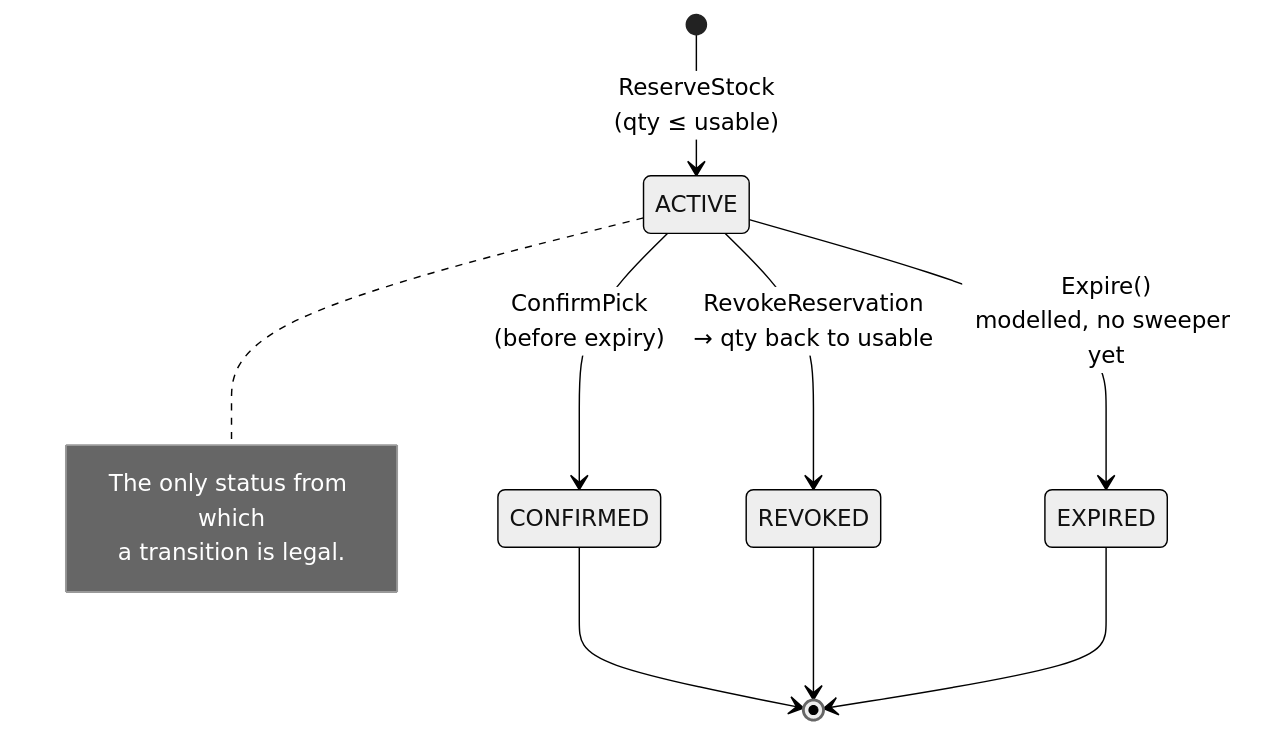
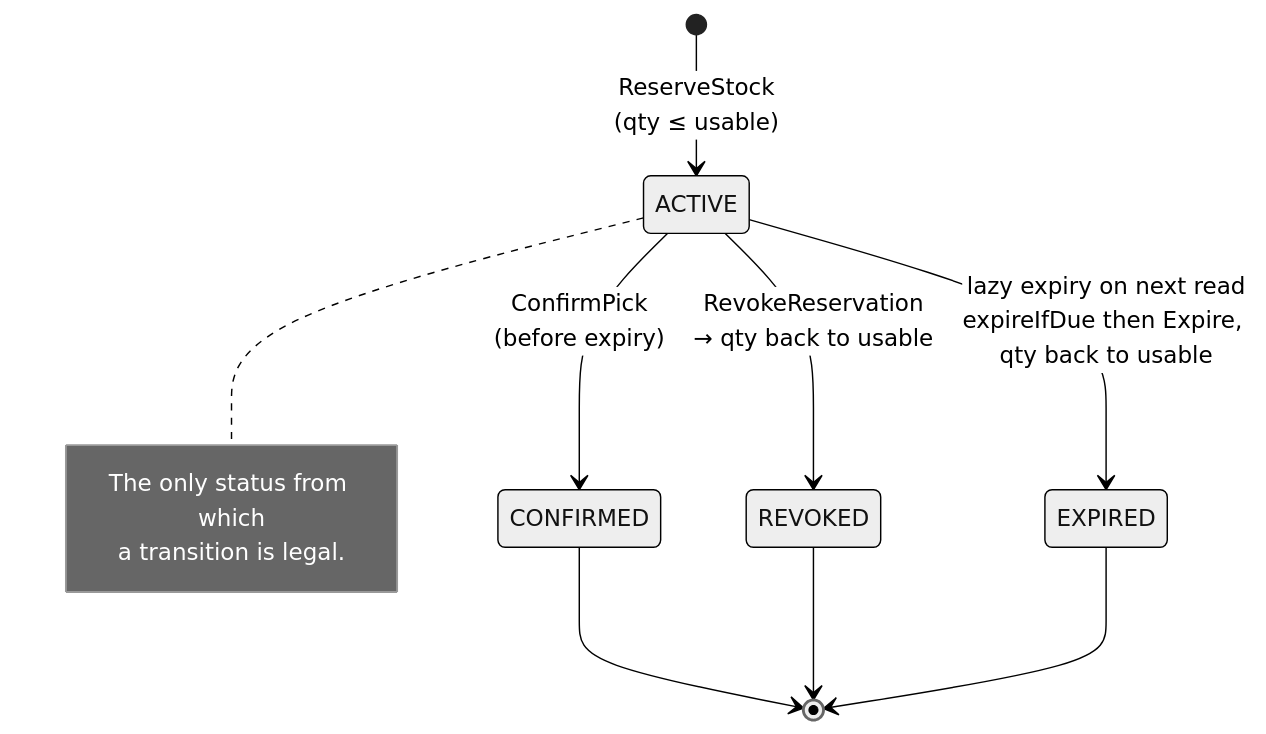
The diagram in docs/docs/business-context/revocable-reservations.md (IQVO/inventory-storage), drawn with Mermaid (neutral theme) before and after one commit. The commit also changed other lines of this file and 28 other files, not shown here.

````diff
--- a/docs/docs/business-context/revocable-reservations.md
+++ b/docs/docs/business-context/revocable-reservations.md
@@ -120,15 +120,15 @@
 ```mermaid
 stateDiagram-v2
     [*] --> ACTIVE: ReserveStock<br/>(qty ≤ usable)
     ACTIVE --> CONFIRMED: ConfirmPick<br/>(before expiry)
     ACTIVE --> REVOKED: RevokeReservation<br/>→ qty back to usable
-    ACTIVE --> EXPIRED: Expire()<br/>modelled, no sweeper yet
+    ACTIVE --> EXPIRED: lazy expiry on next read<br/>expireIfDue then Expire, qty back to usable
     CONFIRMED --> [*]
     REVOKED --> [*]
     EXPIRED --> [*]
 
     note right of ACTIVE
         The only status from which
         a transition is legal.
     end note
 ```
````
